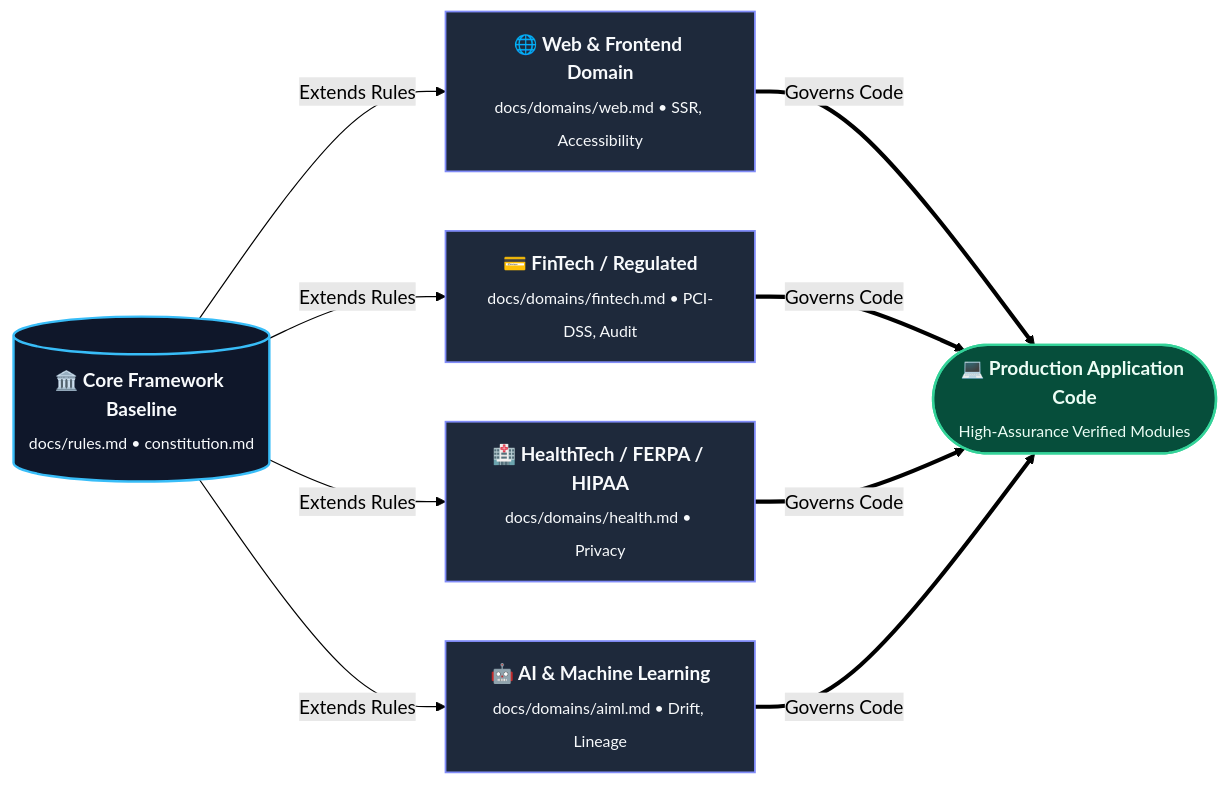
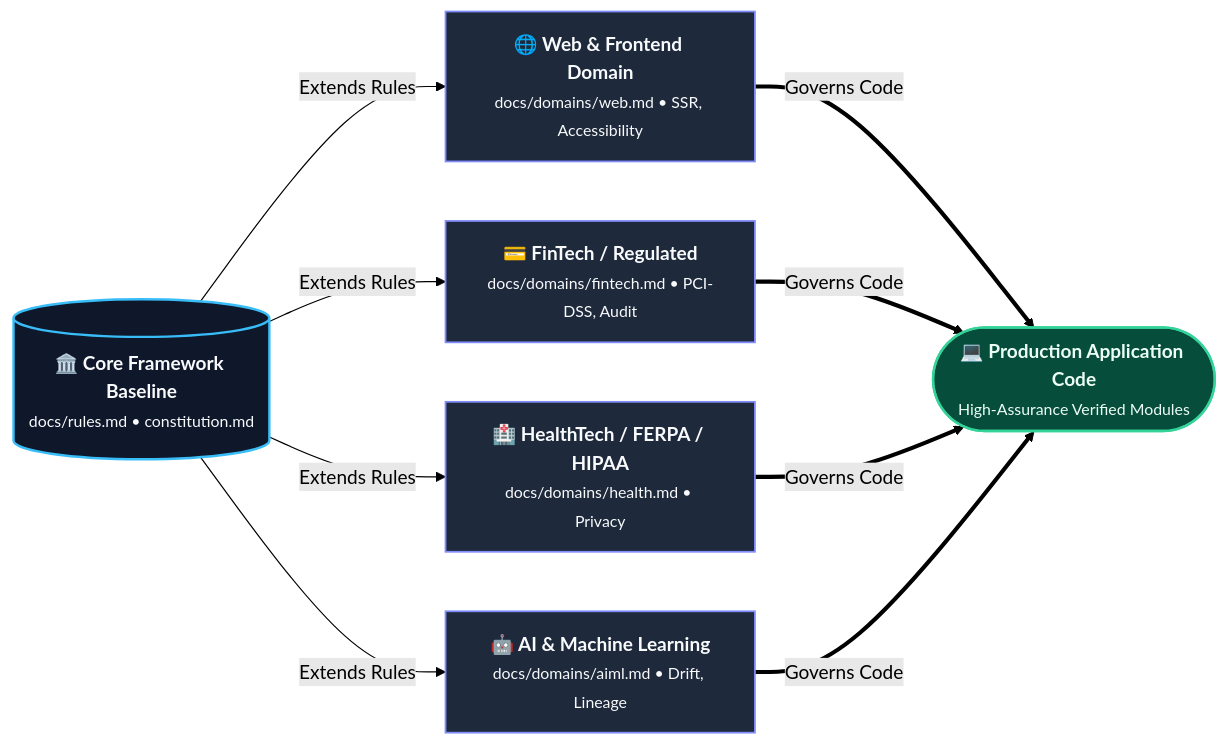
Before and after one commit to rmsofficialsyt/Agentic-AI-Vibe-Coding-AND-SDD-TDD-Codebase-Chandan-Adhikary: the diagram in SDD-TDD-Chandan-Adhikary/Spec-Driven-Development/docs/domains/README.md, drawn with Mermaid (forest theme). The commit also changed 27 other files, not shown here.

Commit message:
docs: resolve text overlap and scattering across all diagrams via semantic typography and layout contracts

````diff
--- a/SDD-TDD-Chandan-Adhikary/Spec-Driven-Development/docs/domains/README.md
+++ b/SDD-TDD-Chandan-Adhikary/Spec-Driven-Development/docs/domains/README.md
@@ -24,25 +24,25 @@
 ```mermaid
 flowchart LR
     classDef core fill:#0f172a,stroke:#38bdf8,stroke-width:2px,color:#f8fafc;
     classDef ext fill:#1e293b,stroke:#818cf8,stroke-width:1.5px,color:#f8fafc;
     classDef code fill:#064e3b,stroke:#34d399,stroke-width:2px,color:#ecfdf5;
 
-    Core[("<b>🏛️ Core Framework Baseline</b><br/><sub>docs/rules.md • constitution.md</sub>")]:::core
+    Core[("<b>🏛️ Core Framework Baseline</b><br/><small>docs/rules.md • constitution.md</small>")]:::core
 
-    Ext1["<b>🌐 Web & Frontend Domain</b><br/><sub>docs/domains/web.md • SSR, Accessibility</sub>"]:::ext
-    Ext2["<b>💳 FinTech / Regulated</b><br/><sub>docs/domains/fintech.md • PCI-DSS, Audit</sub>"]:::ext
-    Ext3["<b>🏥 HealthTech / FERPA / HIPAA</b><br/><sub>docs/domains/health.md • Privacy</sub>"]:::ext
-    Ext4["<b>🤖 AI & Machine Learning</b><br/><sub>docs/domains/aiml.md • Drift, Lineage</sub>"]:::ext
+    Ext1["<b>🌐 Web & Frontend Domain</b><br/><small>docs/domains/web.md • SSR, Accessibility</small>"]:::ext
+    Ext2["<b>💳 FinTech / Regulated</b><br/><small>docs/domains/fintech.md • PCI-DSS, Audit</small>"]:::ext
+    Ext3["<b>🏥 HealthTech / FERPA / HIPAA</b><br/><small>docs/domains/health.md • Privacy</small>"]:::ext
+    Ext4["<b>🤖 AI & Machine Learning</b><br/><small>docs/domains/aiml.md • Drift, Lineage</small>"]:::ext
 
-    ProjectCode(["<b>💻 Production Application Code</b><br/><sub>High-Assurance Verified Modules</sub>"]):::code
+    ProjectCode(["<b>💻 Production Application Code</b><br/><small>High-Assurance Verified Modules</small>"]):::code
 
     Core -->|"Extends Rules"| Ext1
     Core -->|"Extends Rules"| Ext2
     Core -->|"Extends Rules"| Ext3
     Core -->|"Extends Rules"| Ext4
 
     Ext1 ==>|"Governs Code"| ProjectCode
     Ext2 ==>|"Governs Code"| ProjectCode
     Ext3 ==>|"Governs Code"| ProjectCode
     Ext4 ==>|"Governs Code"| ProjectCode
 ```
````
